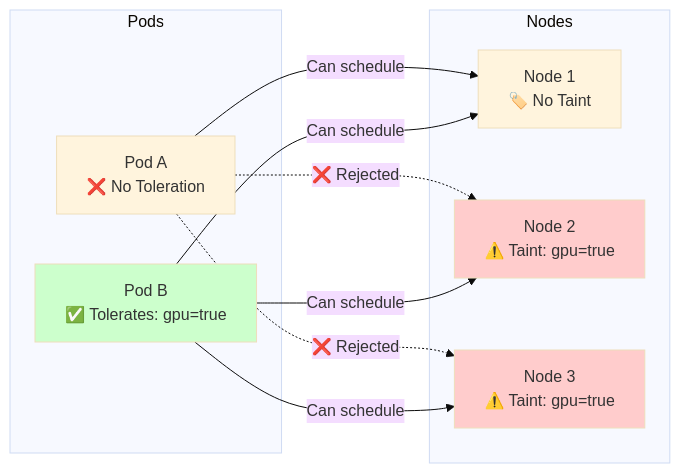
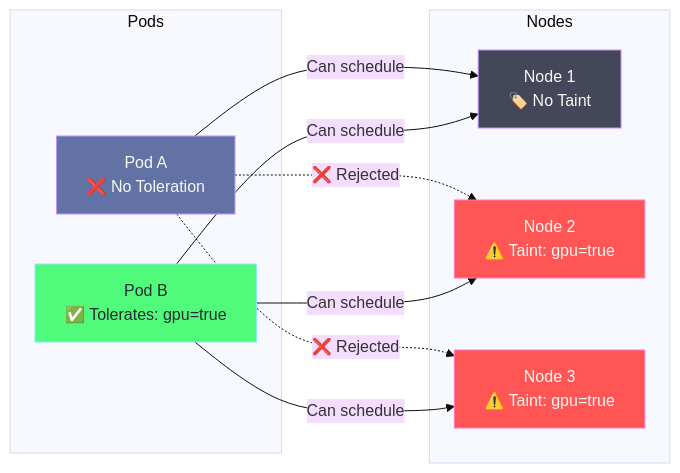
Before and after one commit to selvakumarperumal/k8s_minikube_learn: the first of 3 diagrams in Workload_and_Application_Management/taints-tolerations-explained.md, drawn with Mermaid (base theme). The commit also changed other lines of this file, not shown here.

Commit message:
style: update Mermaid diagrams to use Dracula theme colors

````diff
--- a/Workload_and_Application_Management/taints-tolerations-explained.md
+++ b/Workload_and_Application_Management/taints-tolerations-explained.md
@@ -15,25 +15,27 @@
 ```mermaid
 flowchart LR
     subgraph Nodes
         N1["Node 1<br/>🏷️ No Taint"]
         N2["Node 2<br/>⚠️ Taint: gpu=true"]
         N3["Node 3<br/>⚠️ Taint: gpu=true"]
     end
     
     subgraph Pods
         P1["Pod A<br/>❌ No Toleration"]
         P2["Pod B<br/>✅ Tolerates: gpu=true"]
     end
     
     P1 -->|"Can schedule"| N1
     P1 -.->|"❌ Rejected"| N2
     P1 -.->|"❌ Rejected"| N3
     
     P2 -->|"Can schedule"| N1
     P2 -->|"Can schedule"| N2
     P2 -->|"Can schedule"| N3
     
-    style N2 fill:#ffcccc
-    style N3 fill:#ffcccc
-    style P2 fill:#ccffcc
+    style N1 fill:#44475a,stroke:#bd93f9,color:#f8f8f2
+    style N2 fill:#ff5555,stroke:#ff79c6,color:#f8f8f2
+    style N3 fill:#ff5555,stroke:#ff79c6,color:#f8f8f2
+    style P1 fill:#6272a4,stroke:#bd93f9,color:#f8f8f2
+    style P2 fill:#50fa7b,stroke:#8be9fd,color:#282a36
 ```
````
